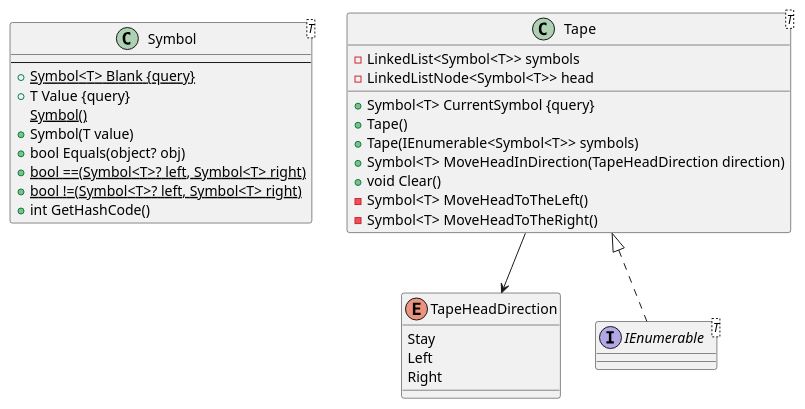
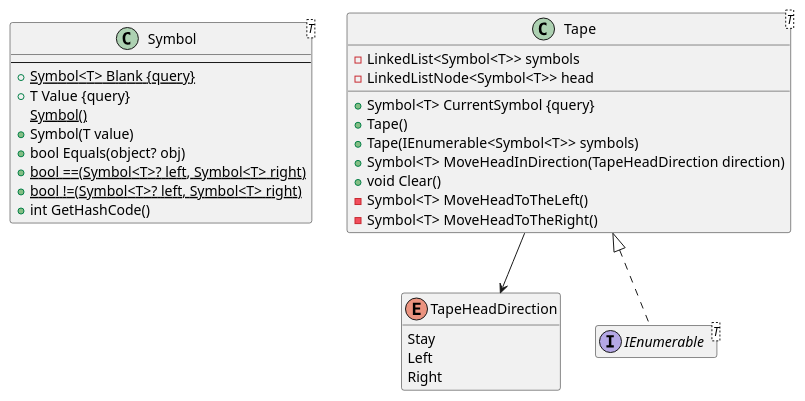
Before and after one commit to bokrosf/TuringMachine: the diagram in doc/diagrams/class/classes.plantuml, drawn with PlantUML.

Commit message:
Empty interface and enum members are hidden on classes diagram.

```diff
--- a/doc/diagrams/class/classes.plantuml
+++ b/doc/diagrams/class/classes.plantuml
@@ -1,37 +1,40 @@
 @startuml classes
+
+hide interface empty members
+hide enum empty members
 
 class Symbol<T> {
     --
     +{static} Symbol<T> Blank {query}
     +T Value {query}
     {static} Symbol()
     +Symbol(T value)
     +bool Equals(object? obj)
     +{static} bool ==(Symbol<T>? left, Symbol<T> right)
     +{static} bool !=(Symbol<T>? left, Symbol<T> right)
     +int GetHashCode()
 }
 
 enum TapeHeadDirection {
     Stay
     Left
     Right
 }
 
 class "Tape<T>" as Tape_T {
     -LinkedList<Symbol<T>> symbols
     -LinkedListNode<Symbol<T>> head
     +{method} Symbol<T> CurrentSymbol {query}
     +Tape()
     +Tape(IEnumerable<Symbol<T>> symbols)
     +Symbol<T> MoveHeadInDirection(TapeHeadDirection direction)
     +void Clear()
     -Symbol<T> MoveHeadToTheLeft()
     -Symbol<T> MoveHeadToTheRight()
 }
 
 interface "IEnumerable<T>" as IEnumerable_T
 Tape_T <|.. IEnumerable_T
 Tape_T --> TapeHeadDirection
 
 @enduml
```
